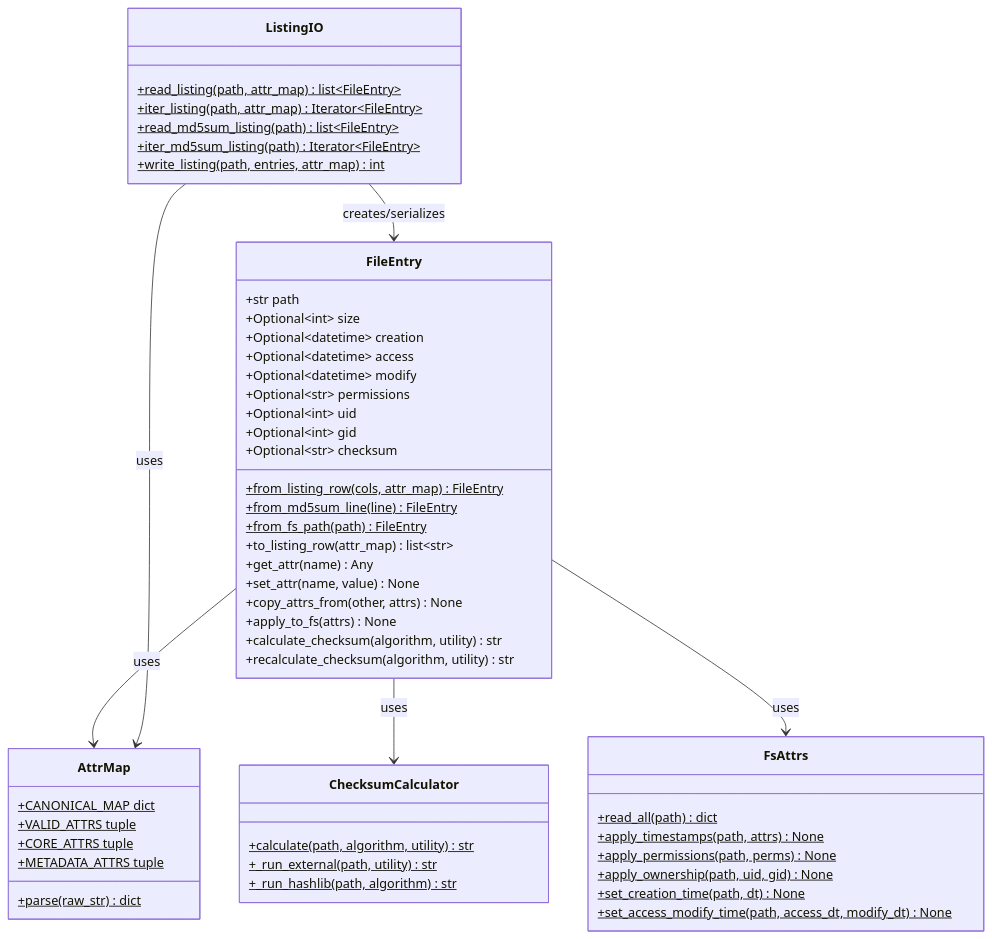
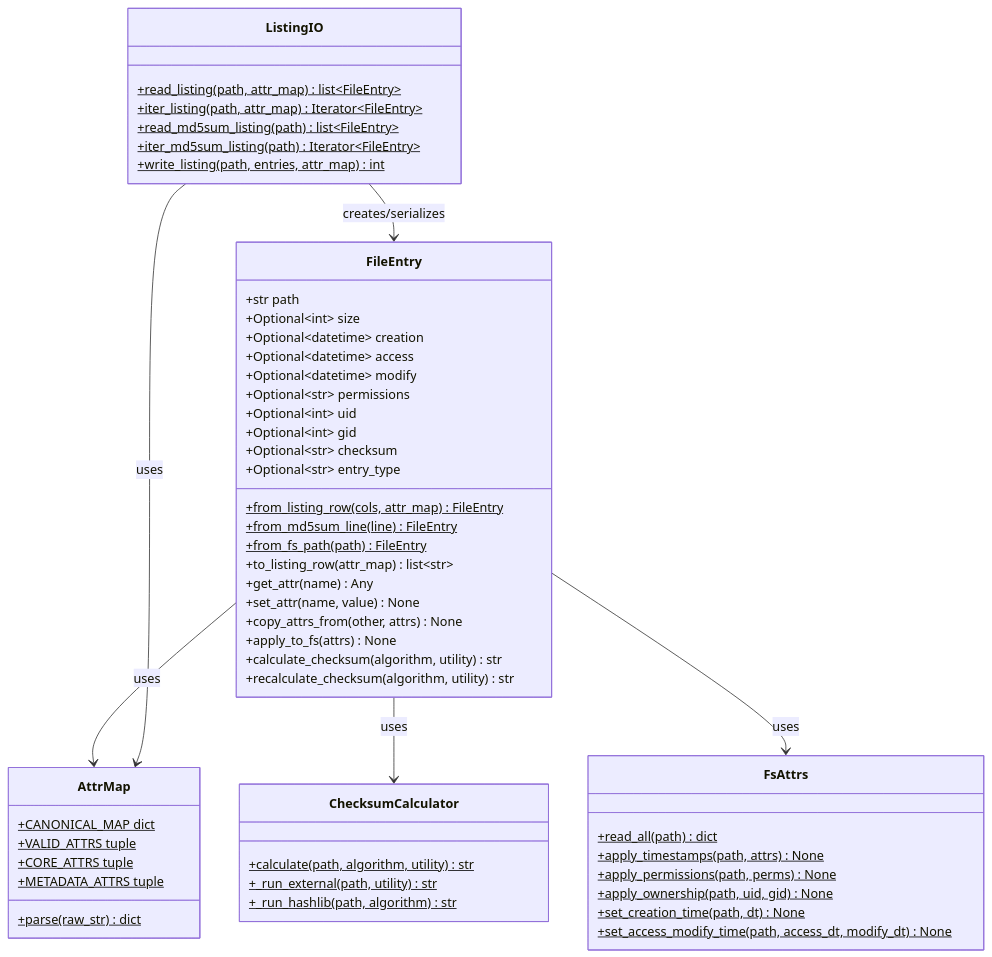
One commit to romansavrulin/pyTackle changed the first of 8 diagrams in plans/FileEntry.md. Above: the diagram before and after it, drawn with Mermaid. The commit also changed other lines of this file and 8 other files, not shown here.

First line of the commit message:
feat(FileEntry): add entry_type attribute and expand canonical format to 10 columns

````diff
--- a/plans/FileEntry.md
+++ b/plans/FileEntry.md
@@ -102,61 +104,62 @@
 ```mermaid
 classDiagram
     class FileEntry {
         +str path
         +Optional~int~ size
         +Optional~datetime~ creation
         +Optional~datetime~ access
         +Optional~datetime~ modify
         +Optional~str~ permissions
         +Optional~int~ uid
         +Optional~int~ gid
         +Optional~str~ checksum
+        +Optional~str~ entry_type
         +from_listing_row(cols, attr_map) FileEntry$
         +from_md5sum_line(line) FileEntry$
         +from_fs_path(path) FileEntry$
         +to_listing_row(attr_map) list~str~
         +get_attr(name) Any
         +set_attr(name, value) None
         +copy_attrs_from(other, attrs) None
         +apply_to_fs(attrs) None
         +calculate_checksum(algorithm, utility) str
         +recalculate_checksum(algorithm, utility) str
     }
 
     class AttrMap {
         +parse(raw_str) dict$
         +CANONICAL_MAP dict$
         +VALID_ATTRS tuple$
         +CORE_ATTRS tuple$
         +METADATA_ATTRS tuple$
     }
 
     class ChecksumCalculator {
         +calculate(path, algorithm, utility) str$
         +_run_external(path, utility) str$
         +_run_hashlib(path, algorithm) str$
     }
 
     class FsAttrs {
         +read_all(path) dict$
         +apply_timestamps(path, attrs) None$
         +apply_permissions(path, perms) None$
         +apply_ownership(path, uid, gid) None$
         +set_creation_time(path, dt) None$
         +set_access_modify_time(path, access_dt, modify_dt) None$
     }
 
     class ListingIO {
         +read_listing(path, attr_map) list~FileEntry~$
         +iter_listing(path, attr_map) Iterator~FileEntry~$
         +read_md5sum_listing(path) list~FileEntry~$
         +iter_md5sum_listing(path) Iterator~FileEntry~$
         +write_listing(path, entries, attr_map) int$
     }
 
     FileEntry --> AttrMap : uses
     FileEntry --> ChecksumCalculator : uses
     FileEntry --> FsAttrs : uses
     ListingIO --> FileEntry : creates/serializes
     ListingIO --> AttrMap : uses
 ```
````
